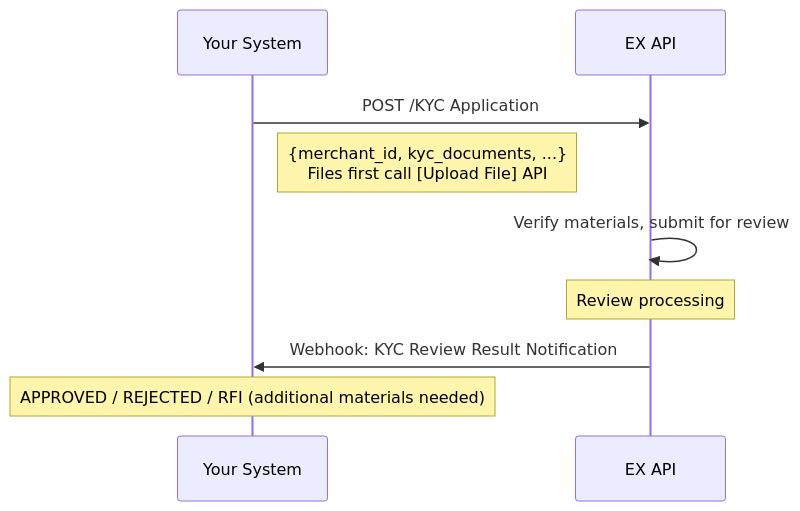
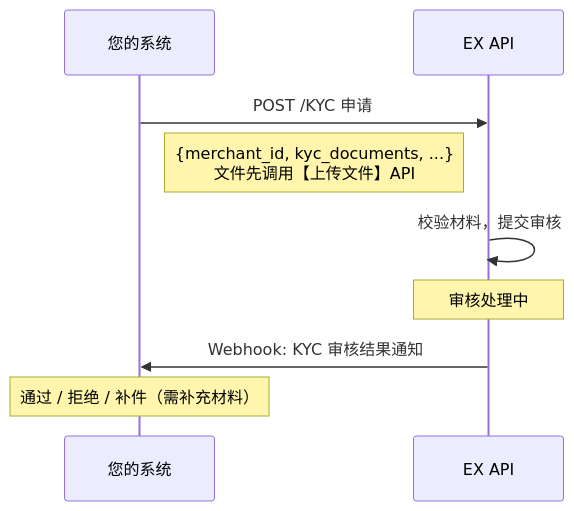
One commit to xiaoxiaoangie/EX-NEW changed the third of 16 diagrams in Solutions/solutions/crypto-solutions-cn.md. Above: the diagram before and after it, drawn with Mermaid. The commit also changed other lines of this file and 36 other files, not shown here.

````diff
--- a/Solutions/solutions/crypto-solutions-cn.md
+++ b/Solutions/solutions/crypto-solutions-cn.md
@@ -180,12 +180,12 @@
 ```mermaid
 sequenceDiagram
-    participant You as Your System
+    participant You as 您的系统
     participant EX as EX API
 
-    You->>EX: POST /KYC Application
-    Note right of You: {merchant_id, kyc_documents, ...}<br/>Files first call [Upload File] API
-    EX->>EX: Verify materials, submit for review
-    Note over EX: Review processing
-    EX->>You: Webhook: KYC Review Result Notification
-    Note over You: APPROVED / REJECTED / RFI (additional materials needed)
+    You->>EX: POST /KYC 申请
+    Note right of You: {merchant_id, kyc_documents, ...}<br/>文件先调用【上传文件】API
+    EX->>EX: 校验材料，提交审核
+    Note over EX: 审核处理中
+    EX->>You: Webhook: KYC 审核结果通知
+    Note over You: 通过 / 拒绝 / 补件（需补充材料）
 ```
````
